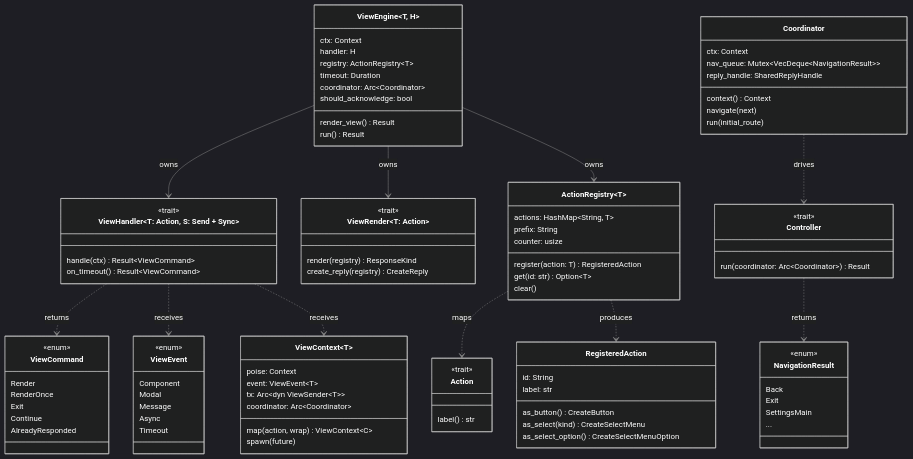
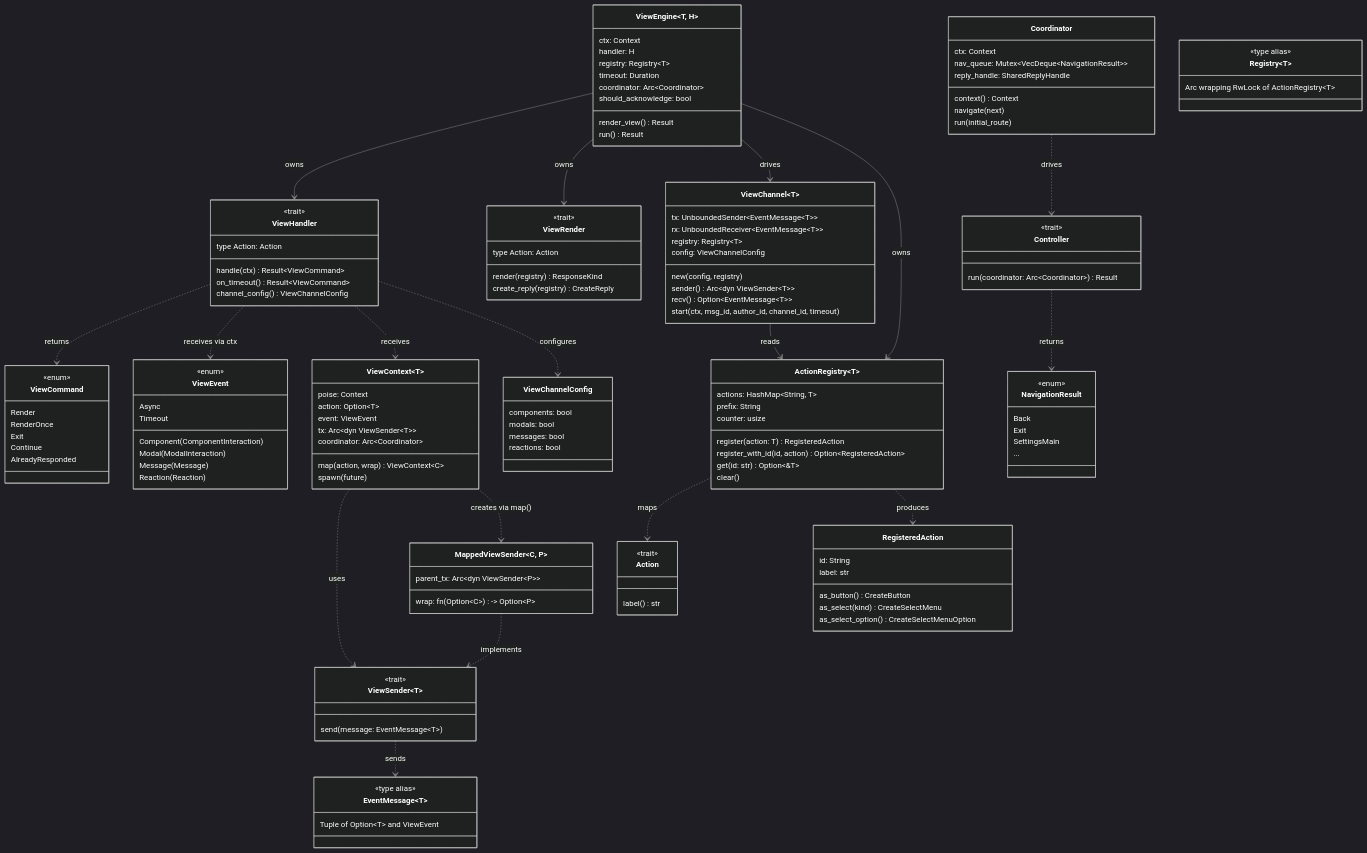
The diagram in docs/diagrams/architecture-view-uml.mmd (FAZuH/pwr-bot), drawn with Mermaid before and after one commit. The commit also changed 3 other files, not shown here.

```diff
--- a/docs/diagrams/architecture-view-uml.mmd
+++ b/docs/diagrams/architecture-view-uml.mmd
@@ -1,119 +1,171 @@
 %%{init: {
   'theme': 'dark',
   'themeVariables': {
     'primaryColor': '#1e1e1e',
     'primaryTextColor': '#ffffff',
     'primaryBorderColor': '#ffffff',
     'lineColor': '#888888',
     'secondaryColor': '#2d2d2d',
     'tertiaryColor': '#1e1e1e'
   }
 }}%%
 classDiagram
     %% ── Core structs ──────────────────────────────────────────────
     class ViewContext~T~ {
         poise: Context
-        event: ViewEvent~T~
+        action: Option~T~
+        event: ViewEvent
         tx: Arc~dyn ViewSender~T~~
         coordinator: Arc~Coordinator~
         map(action, wrap) ViewContext~C~
         spawn(future)
     }
 
     class ActionRegistry~T~ {
         actions: HashMap~String, T~
         prefix: String
         counter: usize
         register(action: T) RegisteredAction
-        get(id: str) Option~T~
+        register_with_id(id, action) Option~RegisteredAction~
+        get(id: str) Option~&T~
         clear()
     }
 
     class ViewEngine~T, H~ {
         ctx: Context
         handler: H
-        registry: ActionRegistry~T~
+        registry: Registry~T~
         timeout: Duration
         coordinator: Arc~Coordinator~
         should_acknowledge: bool
         render_view() Result
         run() Result
+    }
+
+    class ViewChannel~T~ {
+        tx: UnboundedSender~EventMessage~T~~
+        rx: UnboundedReceiver~EventMessage~T~~
+        registry: Registry~T~
+        config: ViewChannelConfig
+        new(config, registry)
+        sender() Arc~dyn ViewSender~T~~
+        recv() Option~EventMessage~T~~
+        start(ctx, msg_id, author_id, channel_id, timeout)
+    }
+
+    class ViewChannelConfig {
+        components: bool
+        modals: bool
+        messages: bool
+        reactions: bool
+    }
+
+    class MappedViewSender~C, P~ {
+        parent_tx: Arc~dyn ViewSender~P~~
+        wrap: fn(Option~C~) -> Option~P~
     }
 
     class RegisteredAction {
         id: String
         label: str
         as_button() CreateButton
         as_select(kind) CreateSelectMenu
         as_select_option() CreateSelectMenuOption
     }
 
     class Coordinator {
         ctx: Context
         nav_queue: Mutex~VecDeque~NavigationResult~~
         reply_handle: SharedReplyHandle
         context() Context
         navigate(next)
         run(initial_route)
     }
 
     class NavigationResult {
         <<enum>>
         Back
         Exit
         SettingsMain
         ...
     }
 
     class ViewCommand {
         <<enum>>
         Render
         RenderOnce
         Exit
         Continue
         AlreadyResponded
     }
 
     class ViewEvent {
         <<enum>>
-        Component
-        Modal
-        Message
+        Component(ComponentInteraction)
+        Modal(ModalInteraction)
+        Message(Message)
+        Reaction(Reaction)
         Async
         Timeout
+    }
+
+    %% ── Type aliases ──────────────────────────────────────────────
+    class EventMessage~T~ {
+        <<type alias>>
+        Tuple of Option~T~ and ViewEvent
+    }
+
+    class Registry~T~ {
+        <<type alias>>
+        Arc wrapping RwLock of ActionRegistry~T~
     }
 
     %% ── Traits ────────────────────────────────────────────────────
     class Action {
         <<trait>>
         label() str
     }
 
-    class ViewRender~T: Action~ {
+    class ViewRender {
         <<trait>>
+        type Action: Action
         render(registry) ResponseKind
         create_reply(registry) CreateReply
     }
 
-    class ViewHandler~T: Action, S: Send + Sync~ {
+    class ViewHandler {
         <<trait>>
+        type Action: Action
         handle(ctx) Result~ViewCommand~
         on_timeout() Result~ViewCommand~
+        channel_config() ViewChannelConfig
+    }
+
+    class ViewSender~T~ {
+        <<trait>>
+        send(message: EventMessage~T~)
     }
 
     class Controller {
         <<trait>>
         run(coordinator: Arc~Coordinator~) Result
     }
 
     %% ── Trait relationships ───────────────────────────────────────
     ViewEngine --> ViewHandler : owns
     ViewEngine --> ViewRender : owns
+    ViewEngine --> ViewChannel : drives
     ViewEngine --> ActionRegistry : owns
+    ViewChannel --> ActionRegistry : reads
     ViewHandler ..> ViewCommand : returns
-    ViewHandler ..> ViewEvent : receives
+    ViewHandler ..> ViewEvent : receives via ctx
     ViewHandler ..> ViewContext : receives
+    ViewHandler ..> ViewChannelConfig : configures
     ActionRegistry ..> Action : maps
     ActionRegistry ..> RegisteredAction : produces
+    MappedViewSender ..> ViewSender : implements
+    ViewSender ..> EventMessage : sends
     Coordinator ..> Controller : drives
     Controller ..> NavigationResult : returns
+    ViewContext ..> ViewSender : uses
+    ViewContext ..> MappedViewSender : creates via map()
```
